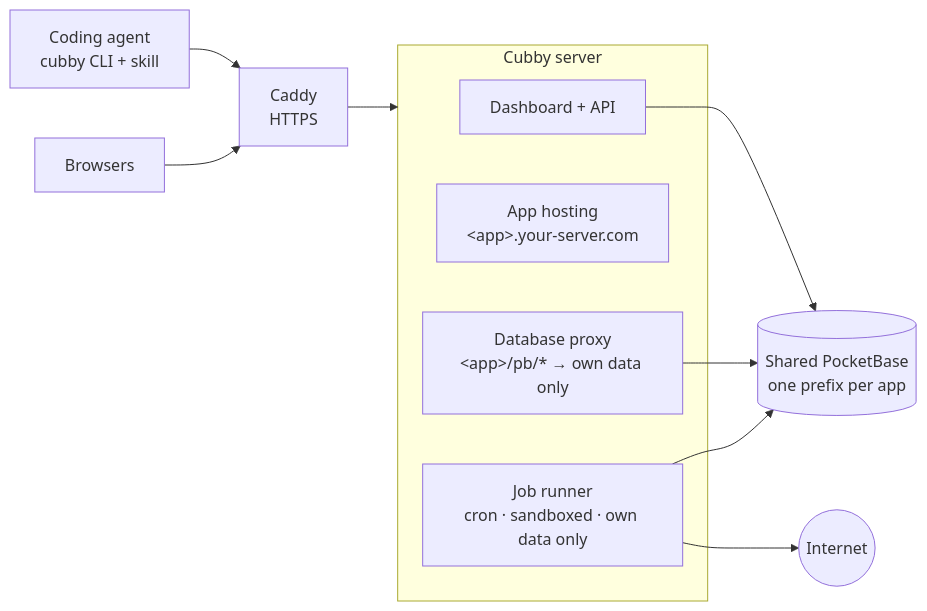
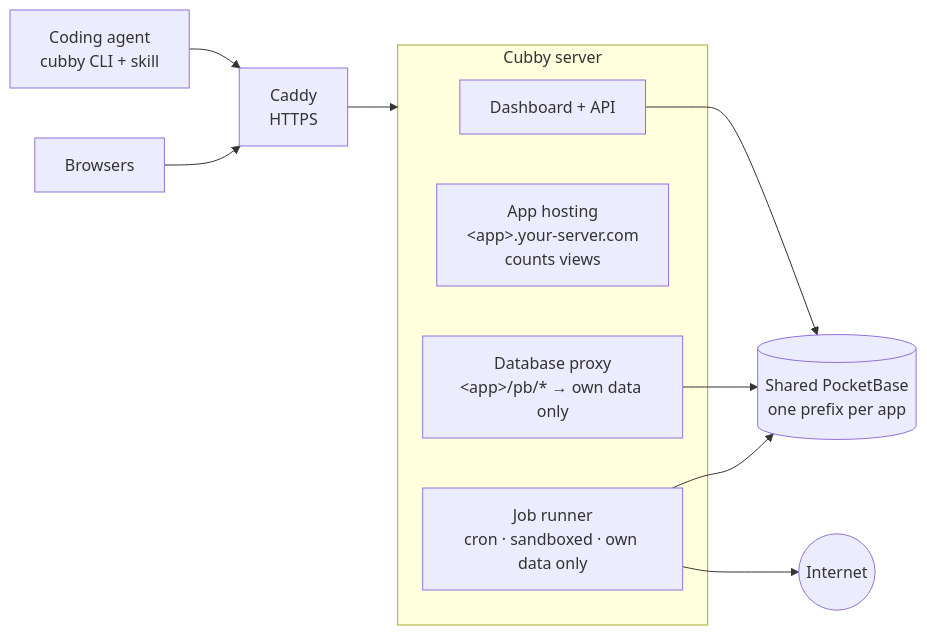
One commit to chaitanyadukkipaty/cubby changed the third of 3 diagrams in README.md. Above: the diagram before and after it, drawn with Mermaid. The commit also changed other lines of this file and 20 other files, not shown here.

First line of the commit message:
feat(server): count page views and unique visitors per app

````diff
--- a/README.md
+++ b/README.md
@@ -300,16 +309,16 @@
 ```mermaid
 flowchart LR
     A[Coding agent<br/>cubby CLI + skill] --> C[Caddy<br/>HTTPS]
     B[Browsers] --> C
     C --> S
     subgraph S[Cubby server]
       D[Dashboard + API]
-      H["App hosting<br/>&lt;app&gt;.your-server.com"]
+      H["App hosting<br/>&lt;app&gt;.your-server.com<br/>counts views"]
       P["Database proxy<br/>&lt;app&gt;/pb/* → own data only"]
       J["Job runner<br/>cron · sandboxed · own data only"]
     end
     P --> DB[(Shared PocketBase<br/>one prefix per app)]
     J --> DB
     J --> I((Internet))
     D --> DB
 ```
````
